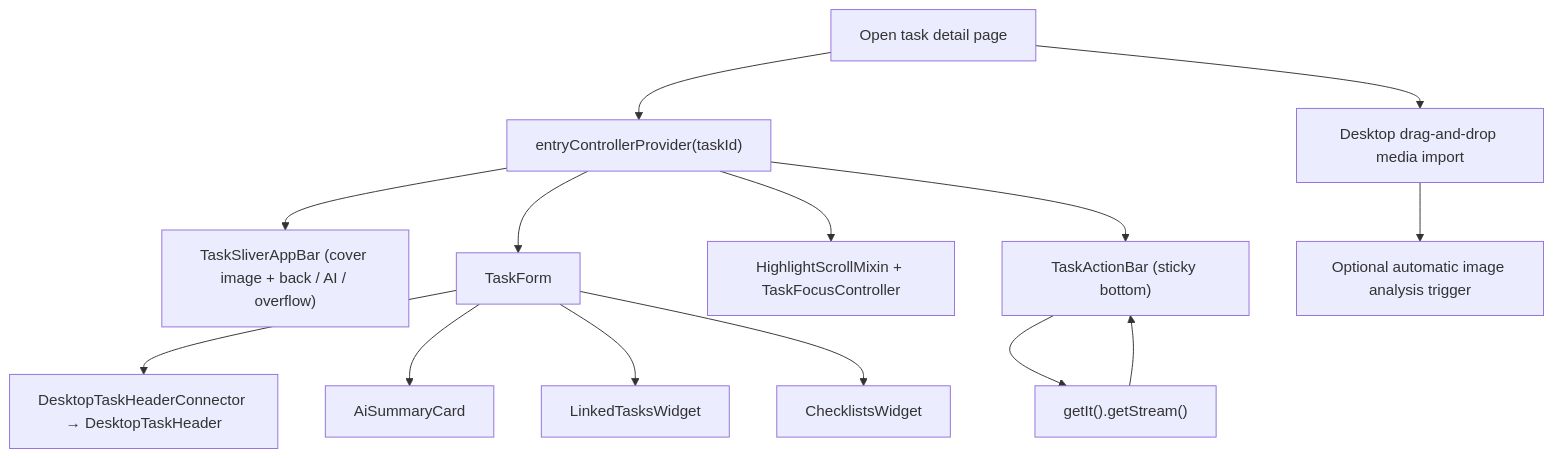
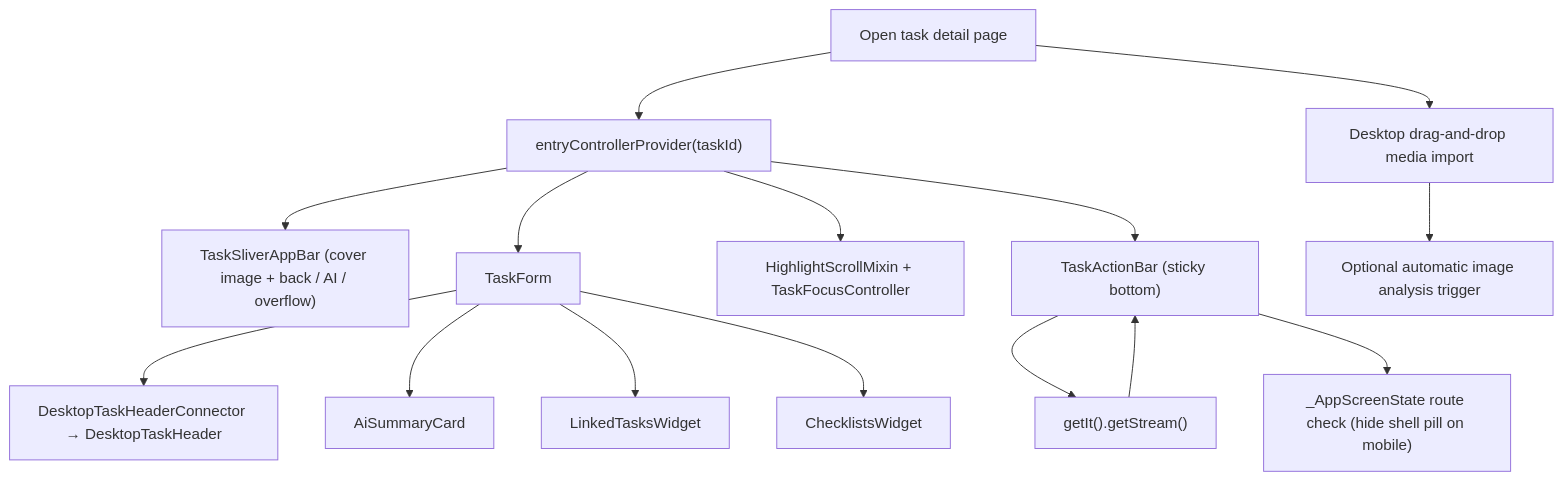
Before and after one commit to matthiasn/lotti: the fourth of 12 diagrams in lib/features/tasks/README.md, drawn with Mermaid. The commit also changed other lines of this file and 21 other files, not shown here.

````diff
--- a/lib/features/tasks/README.md
+++ b/lib/features/tasks/README.md
@@ -187,16 +201,17 @@
 ```mermaid
 flowchart TD
   Open["Open task detail page"] --> Load["entryControllerProvider(taskId)"]
   Load --> AppBar["TaskSliverAppBar (cover image + back / AI / overflow)"]
   Load --> Form["TaskForm"]
   Form --> Header["DesktopTaskHeaderConnector → DesktopTaskHeader"]
   Form --> Agents["AiSummaryCard"]
   Form --> Linked["LinkedTasksWidget"]
   Form --> Checklists["ChecklistsWidget"]
   Load --> Focus["HighlightScrollMixin + TaskFocusController"]
   Load --> ActionBar["TaskActionBar (sticky bottom)"]
   ActionBar --> TimeService["getIt<TimeService>().getStream()"]
   TimeService --> ActionBar
+  ActionBar --> NavHide["_AppScreenState route check (hide shell pill on mobile)"]
   Open --> Drop["Desktop drag-and-drop media import"]
   Drop --> ImageAnalysis["Optional automatic image analysis trigger"]
 ```
````
